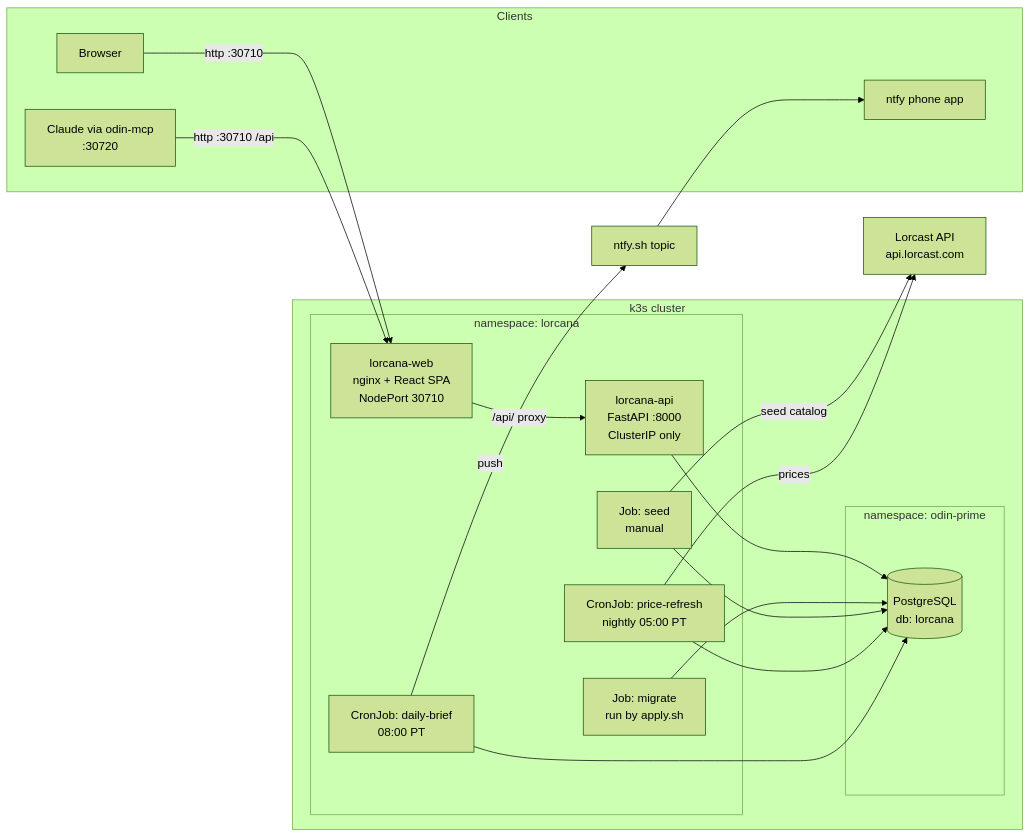
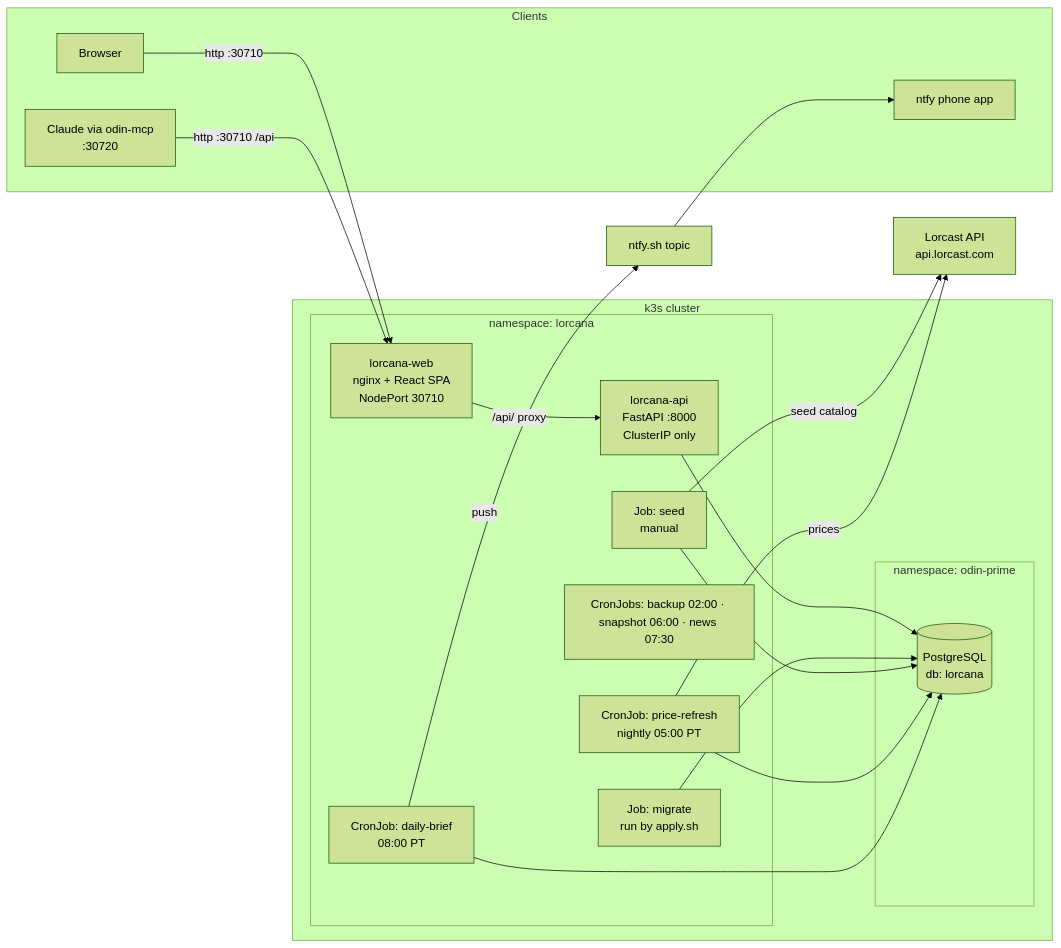
Before and after one commit to magicat777/lorcana-manager: the diagram in docs/ADMIN_USER_GUIDE.md, drawn with Mermaid (forest theme). The commit also changed other lines of this file, not shown here.

````diff
--- a/docs/ADMIN_USER_GUIDE.md
+++ b/docs/ADMIN_USER_GUIDE.md
@@ -29,36 +29,37 @@
 ```mermaid
 flowchart LR
     subgraph clients [Clients]
         B[Browser]
         C[Claude via odin-mcp<br/>:30720]
         P[ntfy phone app]
     end
     subgraph k3s [k3s cluster]
         subgraph ns [namespace: lorcana]
             W[lorcana-web<br/>nginx + React SPA<br/>NodePort 30710]
             A[lorcana-api<br/>FastAPI :8000<br/>ClusterIP only]
             CJ1[CronJob: price-refresh<br/>nightly 05:00 PT]
             CJ2[CronJob: daily-brief<br/>08:00 PT]
+            CJ3[CronJobs: backup 02:00 · snapshot 06:00 · news 07:30]
             J1[Job: migrate<br/>run by apply.sh]
             J2[Job: seed<br/>manual]
         end
         subgraph op [namespace: odin-prime]
             PG[(PostgreSQL<br/>db: lorcana)]
         end
     end
     L[Lorcast API<br/>api.lorcast.com]
     N[ntfy.sh topic]
 
     B -->|http :30710| W
     C -->|http :30710 /api| W
     W -->|/api/ proxy| A
     A --> PG
     J1 --> PG
     J2 -->|seed catalog| L
     J2 --> PG
     CJ1 -->|prices| L
     CJ1 --> PG
     CJ2 --> PG
     CJ2 -->|push| N
     N --> P
 ```
````
